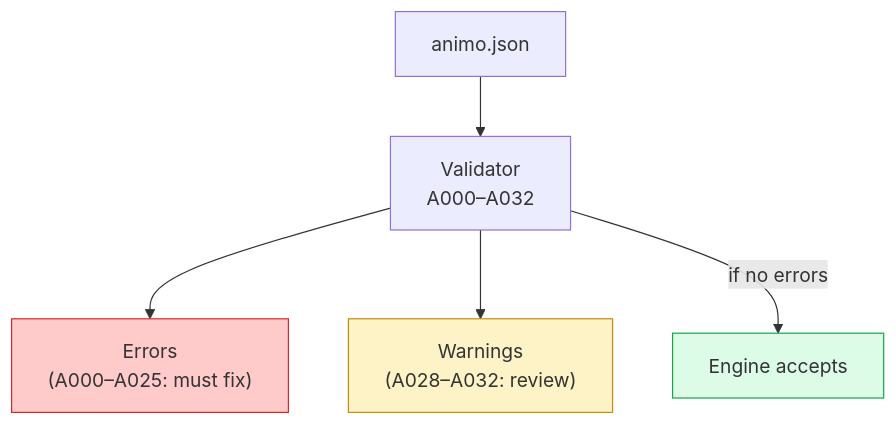
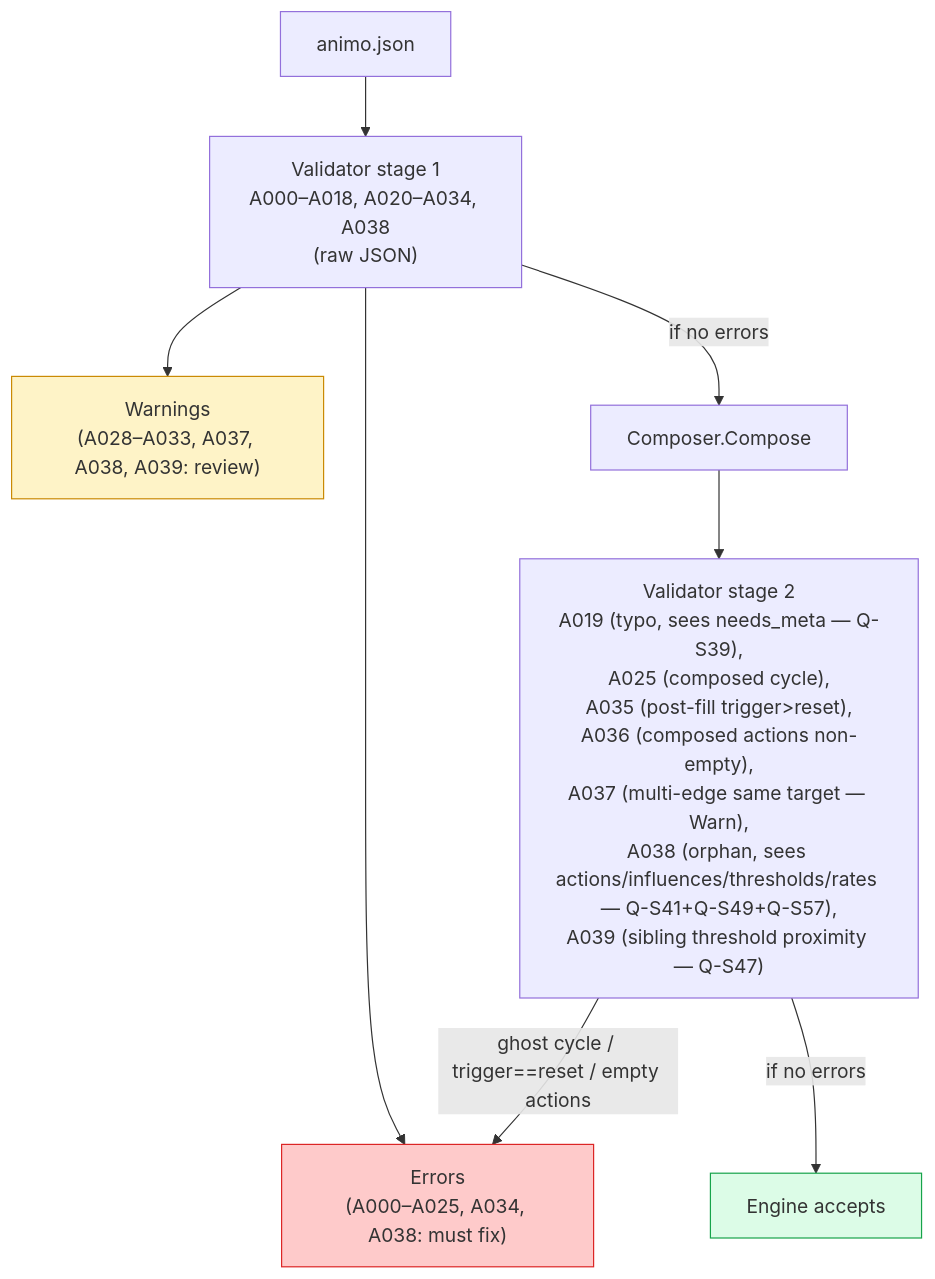
One commit to hiroxpepe/animo changed diagram 12 of 12 in README.md. Above: the diagram before and after it, drawn with Mermaid. The commit also changed other lines of this file and 173 other files, not shown here.

````diff
--- a/README.md
+++ b/README.md
@@ -370,15 +616,19 @@
 ```mermaid
 flowchart TB
   J["animo.json"]
-  V["Validator<br/>A000–A032"]
-  E["Errors<br/>(A000–A025: must fix)"]
-  W["Warnings<br/>(A028–A032: review)"]
+  V["Validator stage 1<br/>A000–A018, A020–A034, A038<br/>(raw JSON)"]
+  E["Errors<br/>(A000–A025, A034, A038: must fix)"]
+  W["Warnings<br/>(A028–A033, A037, A038, A039: review)"]
+  C["Composer.Compose"]
+  V2["Validator stage 2<br/>A019 (typo, sees needs_meta — Q-S39),<br/>A025 (composed cycle),<br/>A035 (post-fill trigger>reset),<br/>A036 (composed actions non-empty),<br/>A037 (multi-edge same target — Warn),<br/>A038 (orphan, sees actions/influences/thresholds/rates — Q-S41+Q-S49+Q-S57),<br/>A039 (sibling threshold proximity — Q-S47)"]
   G["Engine accepts"]
   J --> V
   V --> E
   V --> W
-  V -->|"if no errors"| G
+  V -->|"if no errors"| C --> V2
+  V2 -->|"if no errors"| G
+  V2 -->|"ghost cycle / trigger==reset / empty actions"| E
   style E fill:#fecaca,stroke:#dc2626
   style W fill:#fef3c7,stroke:#ca8a04
   style G fill:#dcfce7,stroke:#16a34a
 ```
````
